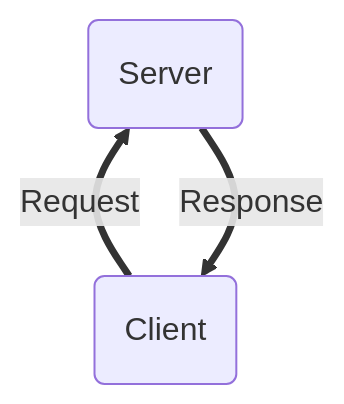
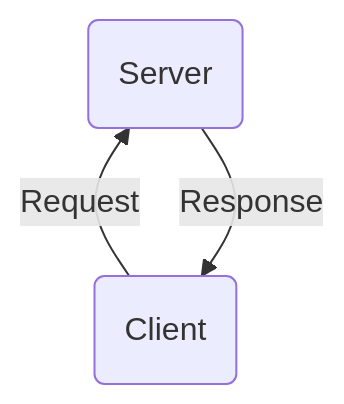
The second of 2 diagrams in src/pages/code-blocks/index.md (ajrussellaudio/ajrussellaudio.github.io), drawn with Mermaid before and after one commit. The commit also changed other lines of this file and 3 other files, not shown here.

````diff
--- a/src/pages/code-blocks/index.md
+++ b/src/pages/code-blocks/index.md
@@ -55,5 +72,5 @@
 ```mermaid
 graph BT
-  A(Client) ==>|Request|B(Server)
-  B ==>|Response|A
+  A(Client) -->|Request|B(Server)
+  B -->|Response|A
 ```
````
